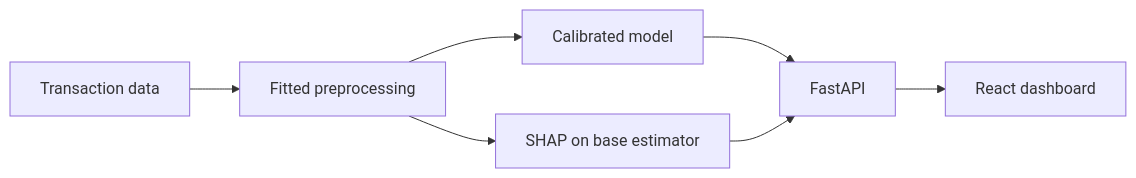
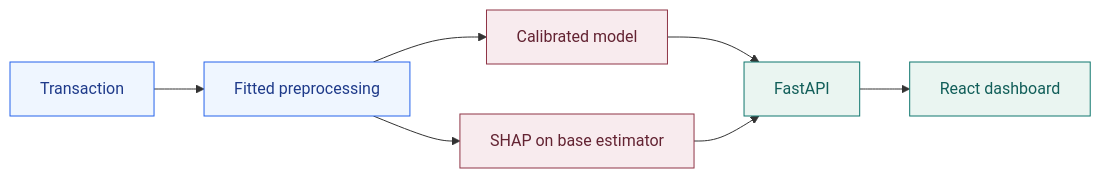
The diagram in README.md (HarshBajania/FraudShield-AI), drawn with Mermaid before and after one commit. The commit also changed other lines of this file, not shown here.

````diff
--- a/README.md
+++ b/README.md
@@ -83,9 +66,16 @@
 ```mermaid
 flowchart LR
-    A[Transaction data] --> B[Fitted preprocessing]
+    A[Transaction] --> B[Fitted preprocessing]
     B --> C[Calibrated model]
-    C --> D[FastAPI]
-    D --> E[React dashboard]
-    B --> F[SHAP on base estimator]
-    F --> D
+    B --> D[SHAP on base estimator]
+    C --> E[FastAPI]
+    D --> E
+    E --> F[React dashboard]
+
+    classDef input fill:#EFF6FF,stroke:#2563EB,color:#1E3A8A;
+    classDef model fill:#F8EBEE,stroke:#8F3446,color:#632332;
+    classDef app fill:#EAF5F1,stroke:#0F766E,color:#115E59;
+    class A,B input;
+    class C,D model;
+    class E,F app;
 ```
````
